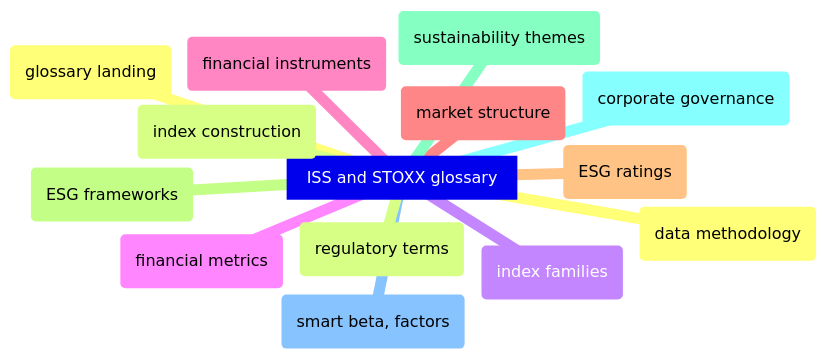
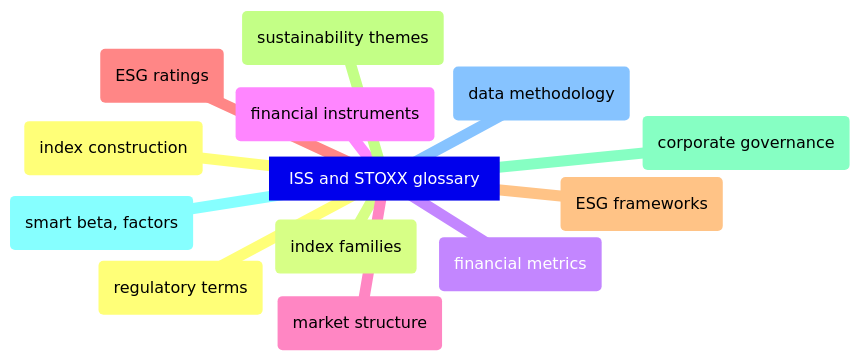
One commit to alp78/elysium changed the diagram in content/18-Financial-Domain/Domains/domain-iss-stoxx-glossary.md. Above: the diagram before and after it, drawn with Mermaid. The commit also changed other lines of this file and 64 other files, not shown here.

````diff
--- a/content/18-Financial-Domain/Domains/domain-iss-stoxx-glossary.md
+++ b/content/18-Financial-Domain/Domains/domain-iss-stoxx-glossary.md
@@ -14,17 +14,16 @@
 ```mermaid
 mindmap
   root["ISS and STOXX glossary"]
-    (glossary landing)
     (index construction)
     (index families)
     (financial metrics)
     (financial instruments)
     (market structure)
     (ESG ratings)
     (ESG frameworks)
     (sustainability themes)
     (corporate governance)
     (smart beta, factors)
     (data methodology)
     (regulatory terms)
 ```
````
